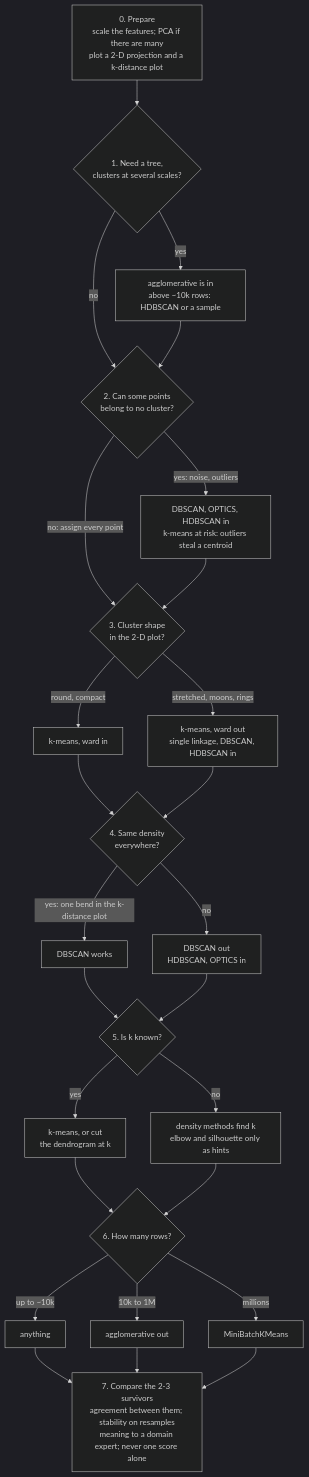
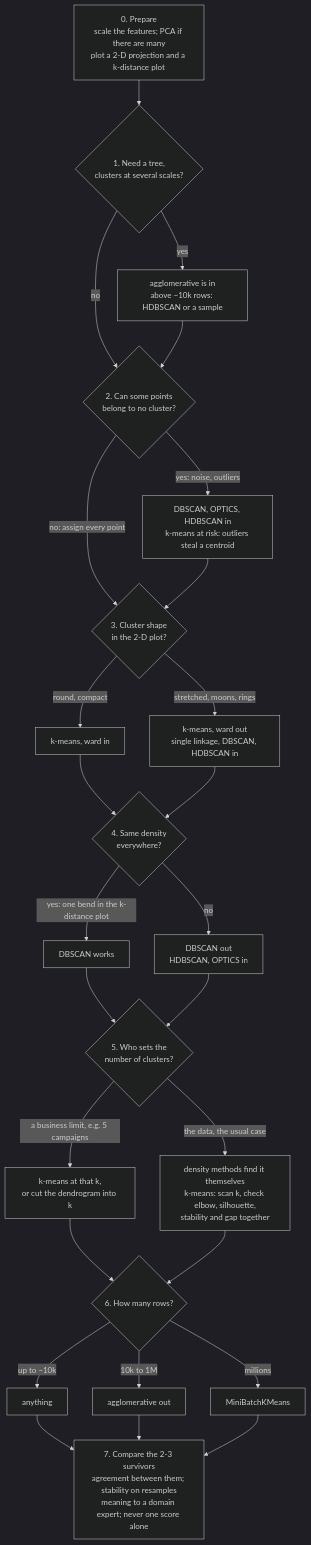
Before and after one commit to akshayDev17/Machine-Learning-Concepts: the diagram in src/Unsupervised Learning/README.md, drawn with Mermaid (dark theme). The commit also changed other lines of this file and 6 other files, not shown here.

First line of the commit message:
Add MiniBatchKMeans labs, interview discussion and flowchart fix

````diff
--- a/src/Unsupervised Learning/README.md
+++ b/src/Unsupervised Learning/README.md
@@ -101,48 +101,48 @@
 ```mermaid
 flowchart TD
     P["0. Prepare<br/>scale the features; PCA if there are many<br/>plot a 2-D projection and a k-distance plot"]
     T{"1. Need a tree,<br/>clusters at several scales?"}
     T1["agglomerative is in<br/>above ~10k rows: HDBSCAN or a sample"]
     N{"2. Can some points<br/>belong to no cluster?"}
     N1["DBSCAN, OPTICS, HDBSCAN in<br/>k-means at risk: outliers steal a centroid"]
     S{"3. Cluster shape<br/>in the 2-D plot?"}
     S1["k-means, ward in"]
     S2["k-means, ward out<br/>single linkage, DBSCAN, HDBSCAN in"]
     D{"4. Same density<br/>everywhere?"}
     D1["DBSCAN works"]
     D2["DBSCAN out<br/>HDBSCAN, OPTICS in"]
-    K{"5. Is k known?"}
-    K1["k-means, or cut<br/>the dendrogram at k"]
-    K2["density methods find k<br/>elbow and silhouette only as hints"]
+    K{"5. Who sets the<br/>number of clusters?"}
+    K1["k-means at that k,<br/>or cut the dendrogram into k"]
+    K2["density methods find it themselves<br/>k-means: scan k, check elbow, silhouette,<br/>stability and gap together"]
     Z{"6. How many rows?"}
     Z1["anything"]
     Z2["agglomerative out"]
     Z3["MiniBatchKMeans"]
     C["7. Compare the 2-3 survivors<br/>agreement between them; stability on resamples<br/>meaning to a domain expert; never one score alone"]
 
     P --> T
     T -- yes --> T1
     T -- no --> N
     T1 --> N
     N -- "yes: noise, outliers" --> N1
     N -- "no: assign every point" --> S
     N1 --> S
     S -- "round, compact" --> S1
     S -- "stretched, moons, rings" --> S2
     S1 --> D
     S2 --> D
     D -- "yes: one bend in the k-distance plot" --> D1
     D -- no --> D2
     D1 --> K
     D2 --> K
-    K -- yes --> K1
-    K -- no --> K2
+    K -- "a business limit, e.g. 5 campaigns" --> K1
+    K -- "the data, the usual case" --> K2
     K1 --> Z
     K2 --> Z
     Z -- "up to ~10k" --> Z1
     Z -- "10k to 1M" --> Z2
     Z -- "millions" --> Z3
     Z1 --> C
     Z2 --> C
     Z3 --> C
 ```
````
